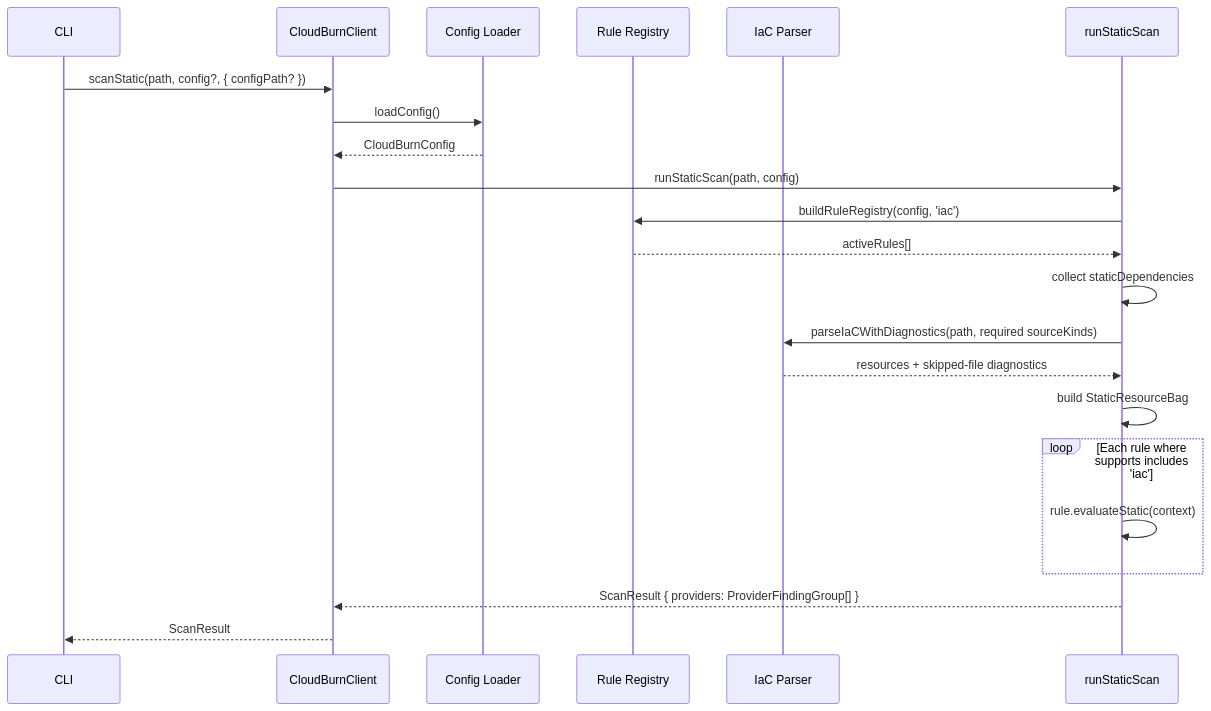
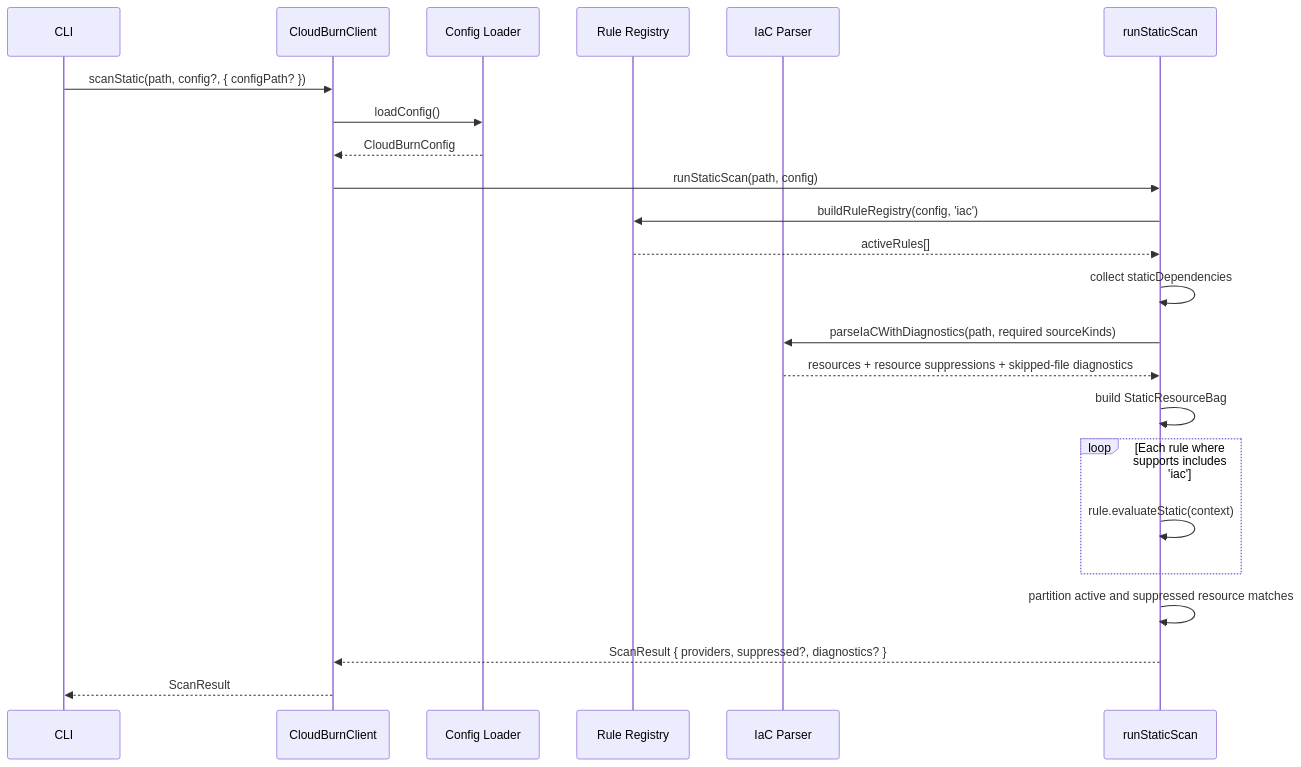
One commit to towardsthecloud/cloudburn changed the second of 3 diagrams in docs/ARCHITECTURE.md. Above: the diagram before and after it, drawn with Mermaid. The commit also changed 195 other files, not shown here.

````diff
--- a/docs/ARCHITECTURE.md
+++ b/docs/ARCHITECTURE.md
@@ -19,25 +19,26 @@
 ```mermaid
 sequenceDiagram
   participant CLI
   participant Scanner as CloudBurnClient
   participant Config as Config Loader
   participant Registry as Rule Registry
   participant Parser as IaC Parser
   participant Engine as runStaticScan
 
   CLI->>Scanner: scanStatic(path, config?, { configPath? })
   Scanner->>Config: loadConfig()
   Config-->>Scanner: CloudBurnConfig
   Scanner->>Engine: runStaticScan(path, config)
   Engine->>Registry: buildRuleRegistry(config, 'iac')
   Registry-->>Engine: activeRules[]
   Engine->>Engine: collect staticDependencies
   Engine->>Parser: parseIaCWithDiagnostics(path, required sourceKinds)
-  Parser-->>Engine: resources + skipped-file diagnostics
+  Parser-->>Engine: resources + resource suppressions + skipped-file diagnostics
   Engine->>Engine: build StaticResourceBag
   loop Each rule where supports includes 'iac'
     Engine->>Engine: rule.evaluateStatic(context)
   end
-  Engine-->>Scanner: ScanResult { providers: ProviderFindingGroup[] }
+  Engine->>Engine: partition active and suppressed resource matches
+  Engine-->>Scanner: ScanResult { providers, suppressed?, diagnostics? }
   Scanner-->>CLI: ScanResult
 ```
````
